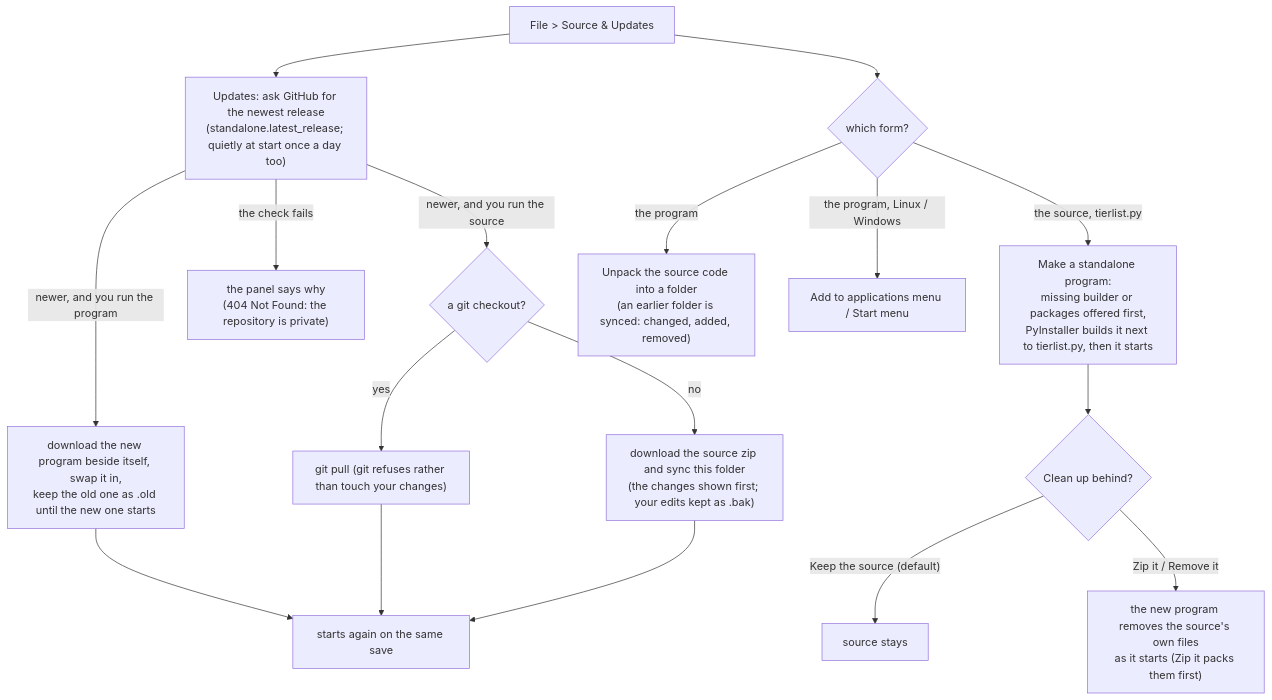
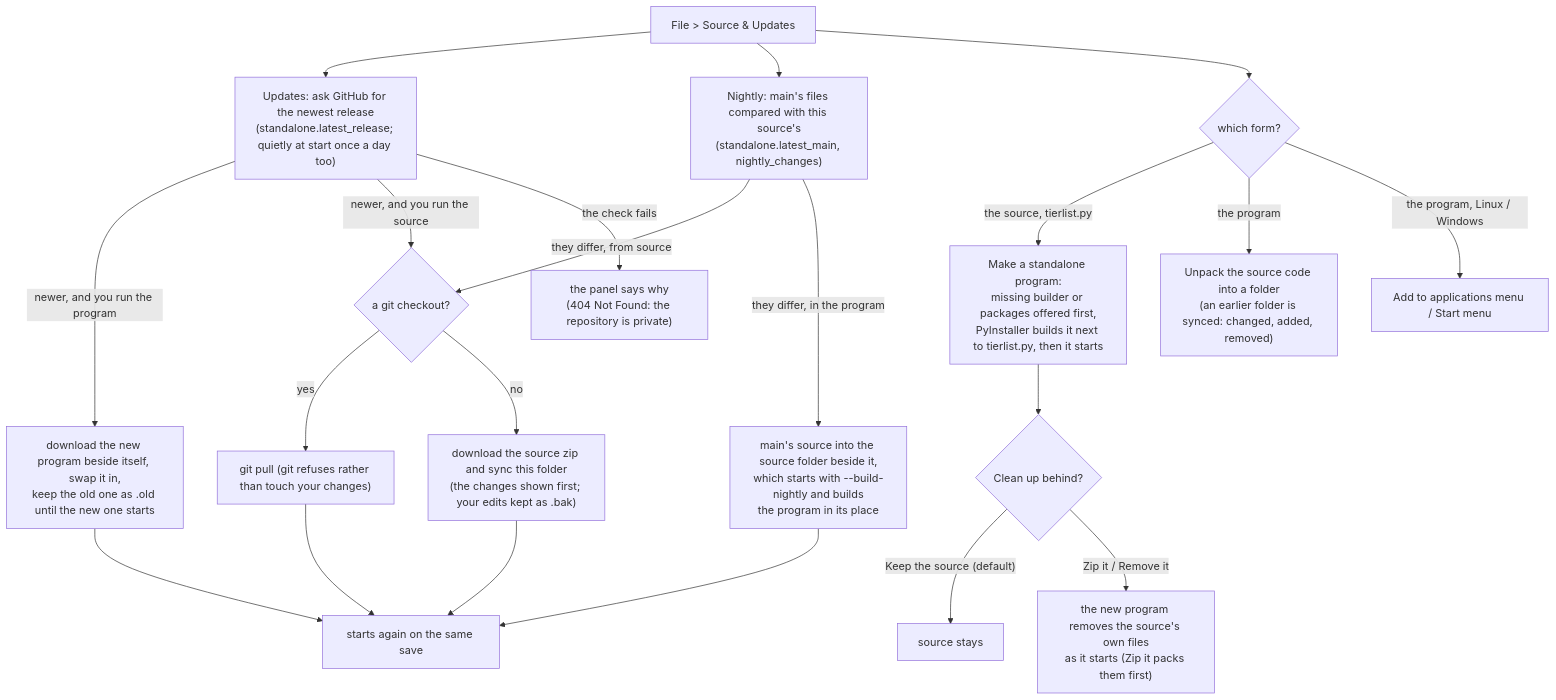
Before and after one commit to kiva-mccr/Word-Tierlister: diagram 11 of 12 in DEVELOPERS.md, drawn with Mermaid. The commit also changed other lines of this file and 14 other files, not shown here.

First line of the commit message:
U-9: nightly updates (Update to nightly while main differs); release programs checked against SHA256SUMS.txt

````diff
--- a/DEVELOPERS.md
+++ b/DEVELOPERS.md
@@ -676,19 +677,23 @@
 ```mermaid
 flowchart TB
     P["File > Source & Updates"] --> U["Updates: ask GitHub for the newest release<br/>(standalone.latest_release; quietly at start once a day too)"]
     U -- "newer, and you run the program" --> UP["download the new program beside itself, swap it in,<br/>keep the old one as .old until the new one starts"]
     U -- "newer, and you run the source" --> US{"a git checkout?"}
     US -- yes --> GP["git pull (git refuses rather than touch your changes)"]
     US -- no --> SY["download the source zip and sync this folder<br/>(the changes shown first; your edits kept as .bak)"]
     U -- "the check fails" --> WHY["the panel says why<br/>(404 Not Found: the repository is private)"]
+    P --> N["Nightly: main's files compared with this source's<br/>(standalone.latest_main, nightly_changes)"]
+    N -- "they differ, from source" --> US
+    N -- "they differ, in the program" --> NB["main's source into the source folder beside it,<br/>which starts with --build-nightly and builds<br/>the program in its place"]
+    NB --> RS
     P --> F{"which form?"}
     F -- "the source, tierlist.py" --> MK["Make a standalone program:<br/>missing builder or packages offered first,<br/>PyInstaller builds it next to tierlist.py, then it starts"]
     MK --> CL{"Clean up behind?"}
     CL -- "Keep the source (default)" --> K1["source stays"]
     CL -- "Zip it / Remove it" --> K2["the new program removes the source's own files<br/>as it starts (Zip it packs them first)"]
     F -- "the program" --> UN["Unpack the source code into a folder<br/>(an earlier folder is synced: changed, added, removed)"]
     F -- "the program, Linux / Windows" --> MENU["Add to applications menu / Start menu"]
     UP --> RS["starts again on the same save"]
     GP --> RS
     SY --> RS
 ```
````
